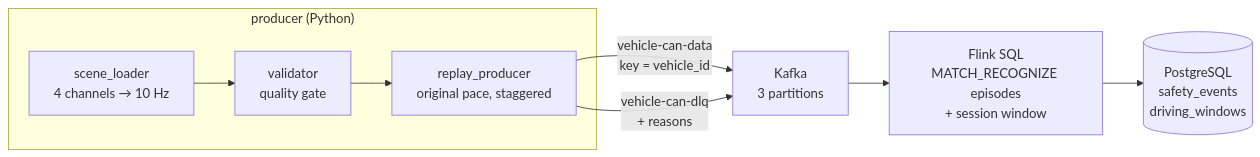
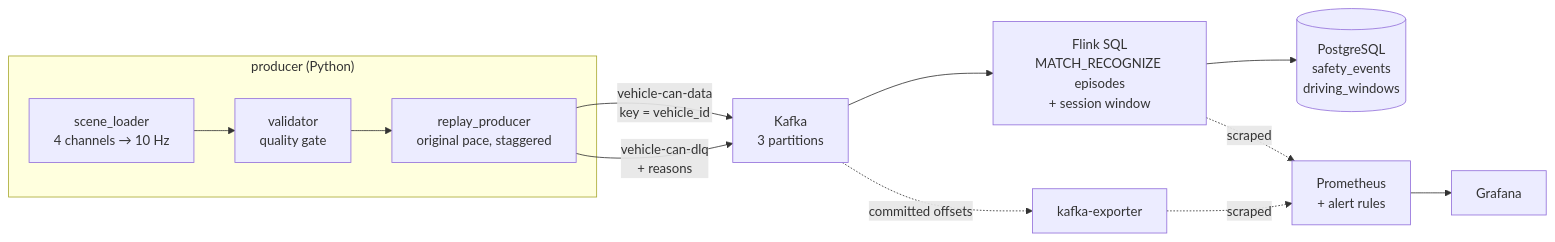
One commit to dlwogud/nuscenes-driving-safety-pipeline changed the diagram in README.md. Above: the diagram before and after it, drawn with Mermaid. The commit also changed other lines of this file and 4 other files, not shown here.

````diff
--- a/README.md
+++ b/README.md
@@ -38,11 +38,15 @@
 ```mermaid
 flowchart LR
     subgraph P["producer (Python)"]
         A["scene_loader<br/>4 channels → 10 Hz"] --> B["validator<br/>quality gate"]
         B --> C["replay_producer<br/>original pace, staggered"]
     end
     C -->|"vehicle-can-data<br/>key = vehicle_id"| K["Kafka<br/>3 partitions"]
     C -->|"vehicle-can-dlq<br/>+ reasons"| K
     K --> F["Flink SQL<br/>MATCH_RECOGNIZE episodes<br/>+ session window"]
     F --> D[("PostgreSQL<br/>safety_events<br/>driving_windows")]
+    F -. "scraped" .-> M["Prometheus<br/>+ alert rules"]
+    K -. "committed offsets" .-> X["kafka-exporter"]
+    X -. "scraped" .-> M
+    M --> G["Grafana"]
 ```
````
